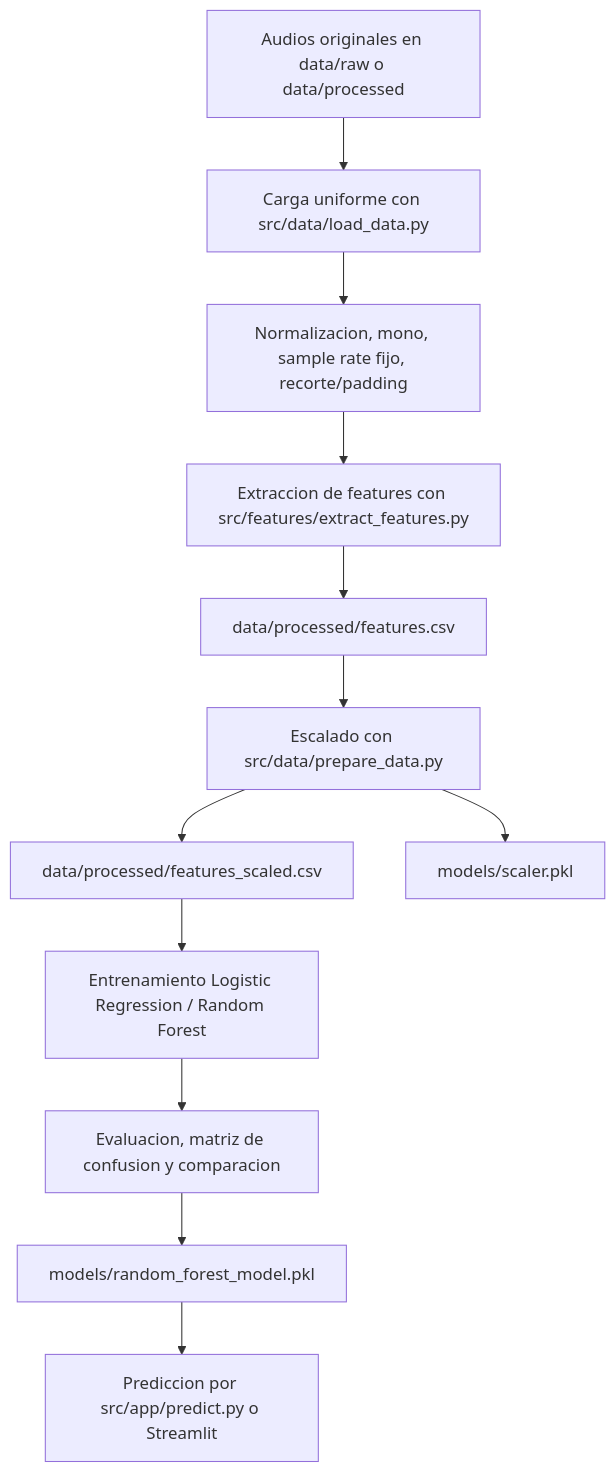
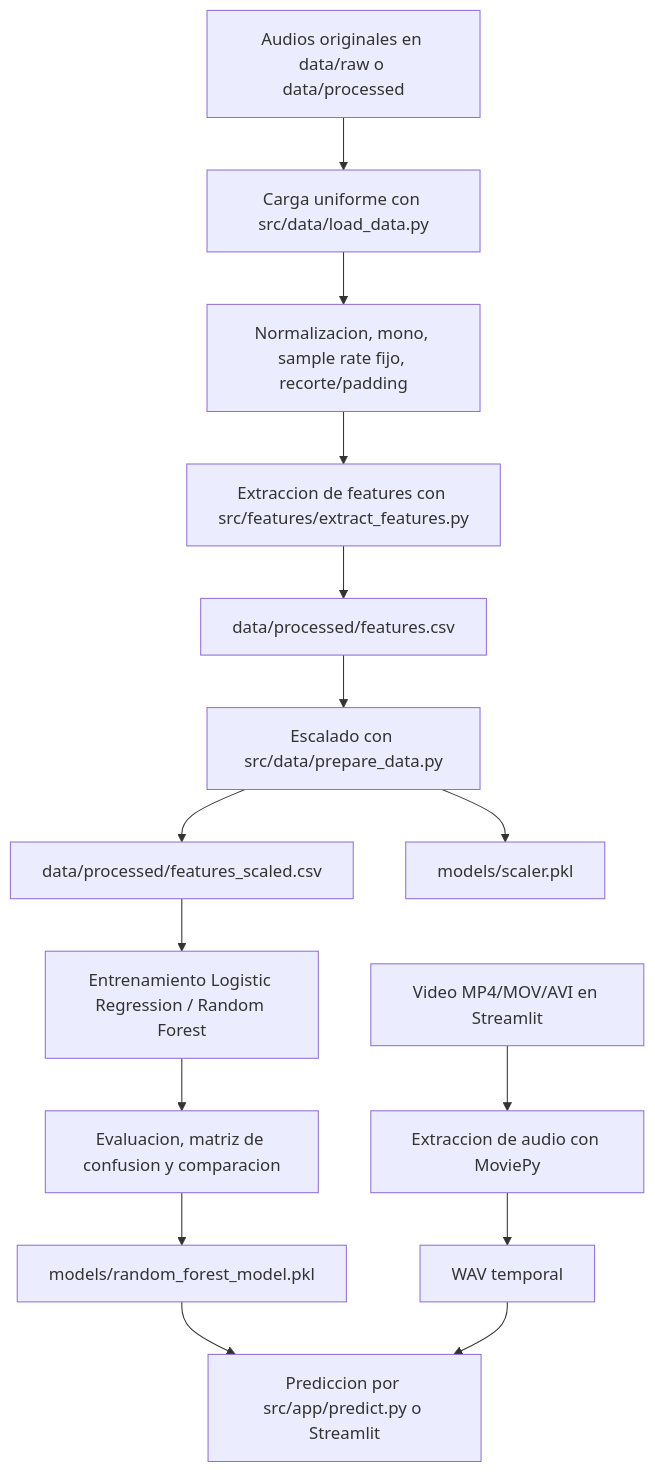
The diagram in docs/documentacion_completa.md (Levanxx/SAPO-AI), drawn with Mermaid before and after one commit. The commit also changed other lines of this file and 1 other file, not shown here.

Commit message:
Documentation with video

````diff
--- a/docs/documentacion_completa.md
+++ b/docs/documentacion_completa.md
@@ -74,14 +74,17 @@
 ```mermaid
 flowchart TD
     A["Audios originales en data/raw o data/processed"] --> B["Carga uniforme con src/data/load_data.py"]
     B --> C["Normalizacion, mono, sample rate fijo, recorte/padding"]
     C --> D["Extraccion de features con src/features/extract_features.py"]
     D --> E["data/processed/features.csv"]
     E --> F["Escalado con src/data/prepare_data.py"]
     F --> G["data/processed/features_scaled.csv"]
     F --> H["models/scaler.pkl"]
     G --> I["Entrenamiento Logistic Regression / Random Forest"]
     I --> J["Evaluacion, matriz de confusion y comparacion"]
     J --> K["models/random_forest_model.pkl"]
     K --> L["Prediccion por src/app/predict.py o Streamlit"]
+    M["Video MP4/MOV/AVI en Streamlit"] --> N["Extraccion de audio con MoviePy"]
+    N --> O["WAV temporal"]
+    O --> L
 ```
````
